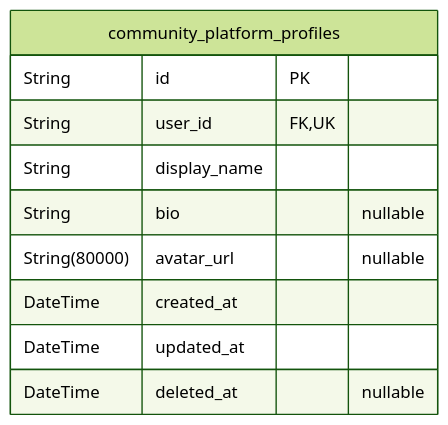
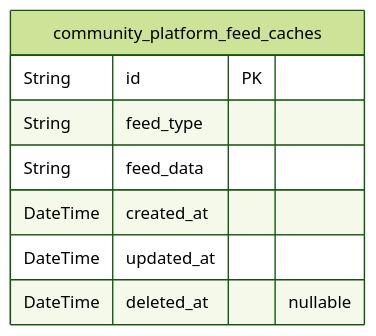
The seventh of 11 diagrams in qwen/qwen3-30b-a3b-thinking-2507/reddit/docs/ERD.md (wrtnlabs/autobe-examples), drawn with Mermaid (forest theme) before and after one commit. The commit also changed other lines of this file and 11104 other files, not shown here.

````diff
--- a/qwen/qwen3-30b-a3b-thinking-2507/reddit/docs/ERD.md
+++ b/qwen/qwen3-30b-a3b-thinking-2507/reddit/docs/ERD.md
@@ -373,13 +788,11 @@
 ```mermaid
 erDiagram
-"community_platform_profiles" {
+"community_platform_feed_caches" {
   String id PK
-  String user_id FK,UK
-  String display_name
-  String bio "nullable"
-  String(80000) avatar_url "nullable"
+  String feed_type
+  String feed_data
   DateTime created_at
   DateTime updated_at
   DateTime deleted_at "nullable"
 }
 ```
````
